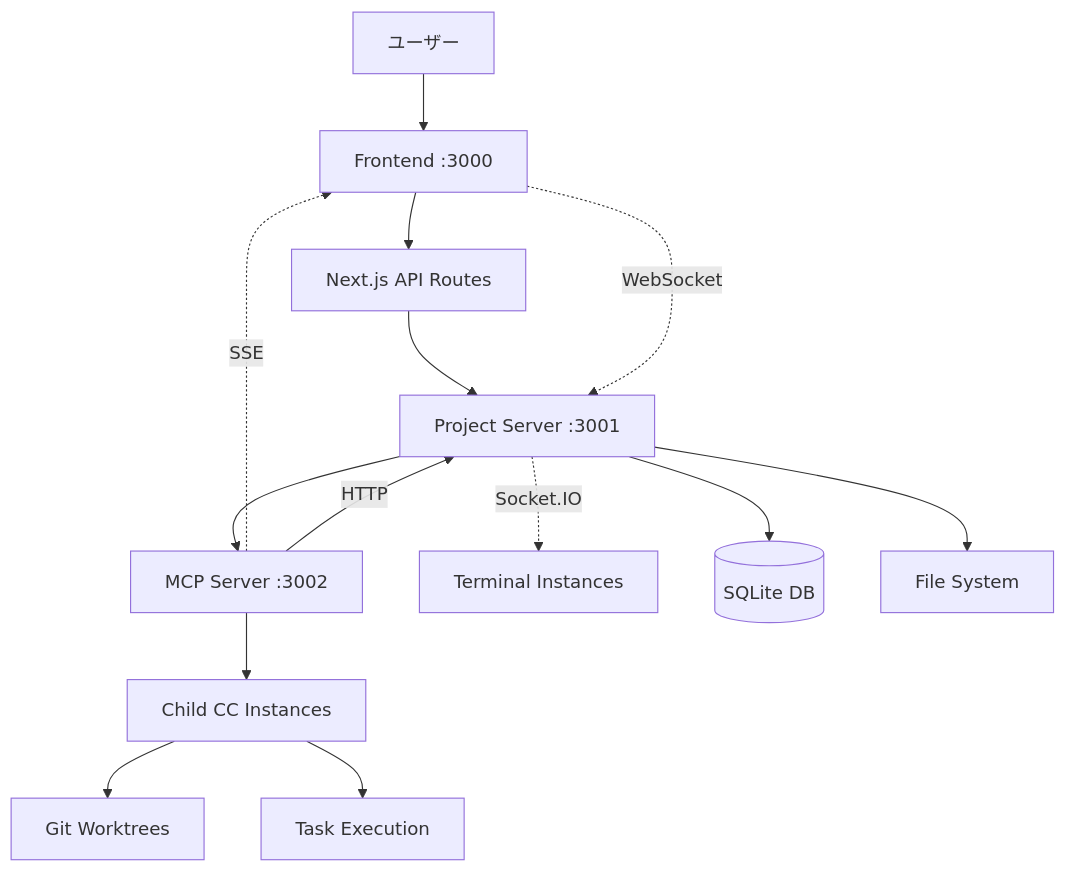
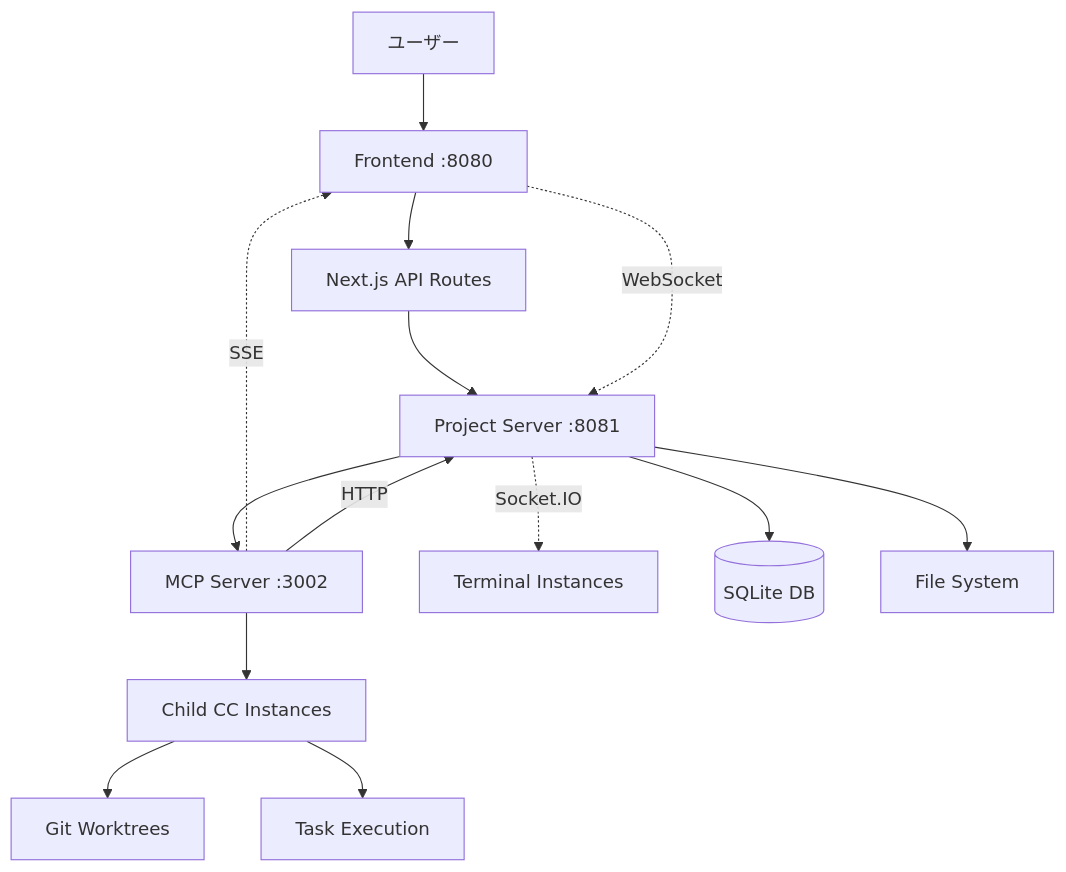
One commit to pon0204/cc-parallel-executor changed the diagram in README.md. Above: the diagram before and after it, drawn with Mermaid. The commit also changed other lines of this file and 10 other files, not shown here.

````diff
--- a/README.md
+++ b/README.md
@@ -135,19 +135,19 @@
 ```mermaid
 graph TD
-    A[ユーザー] --> B[Frontend :3000]
+    A[ユーザー] --> B[Frontend :8080]
     B --> C[Next.js API Routes]
-    C --> D[Project Server :3001]
+    C --> D[Project Server :8081]
     D --> E[MCP Server :3002]
     E --> F[Child CC Instances]
     
     B -.->|WebSocket| D
     D -.->|Socket.IO| G[Terminal Instances]
     E -.->|SSE| B
     E -->|HTTP| D
     
     F --> H[Git Worktrees]
     F --> I[Task Execution]
     
     D --> J[(SQLite DB)]
     D --> K[File System]
 ```
````
